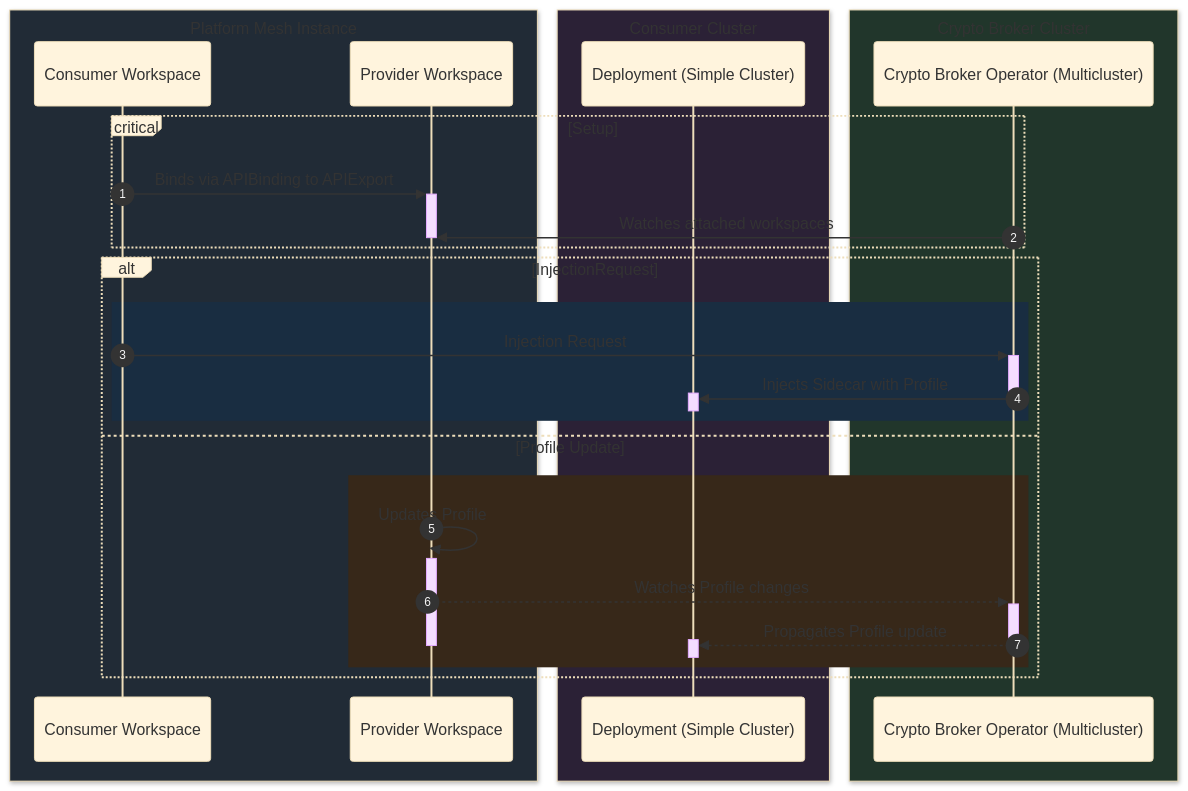
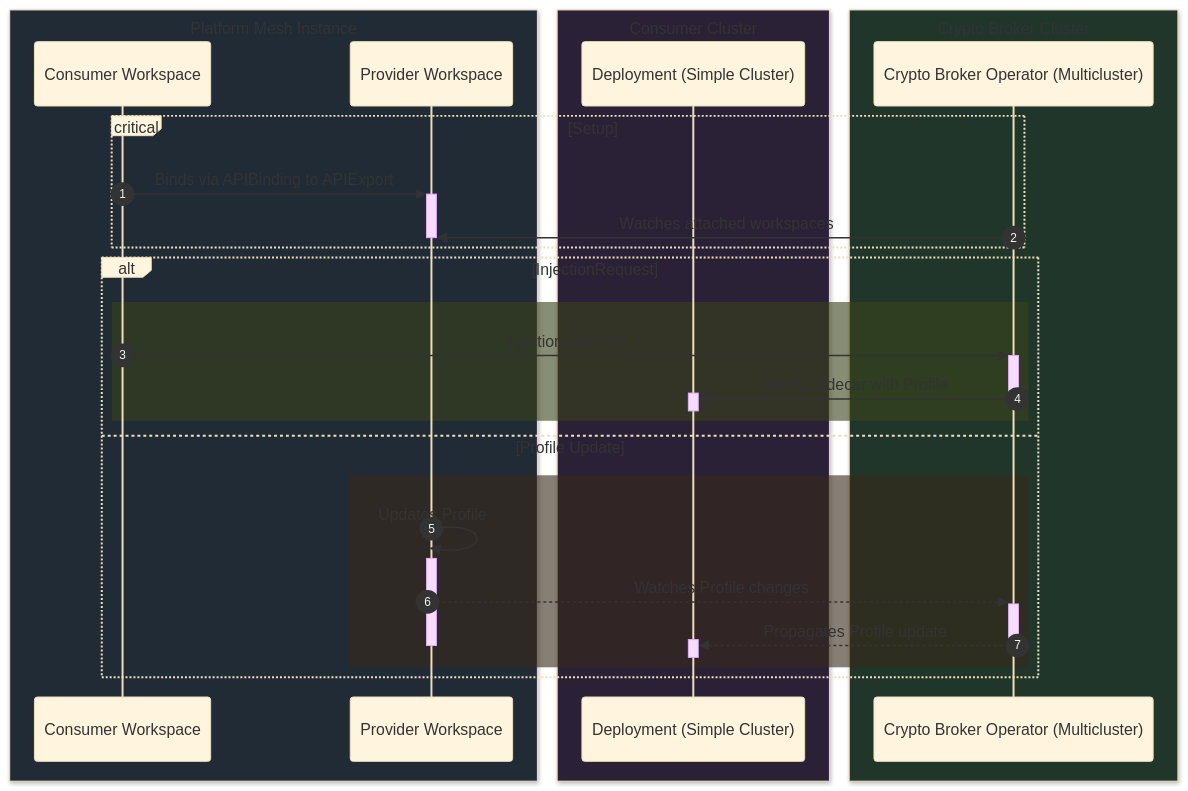
Before and after one commit to open-crypto-broker/crypto-broker-platform-mesh: the diagram in docs/Crypto-Broker-Multicluster-Platform-Mesh.md, drawn with Mermaid (base theme).

Commit message:
feat: Adjust saturation of box colors

````diff
--- a/docs/Crypto-Broker-Multicluster-Platform-Mesh.md
+++ b/docs/Crypto-Broker-Multicluster-Platform-Mesh.md
@@ -79,41 +79,41 @@
 ```mermaid
 sequenceDiagram
     autonumber
 
     box rgb(33, 43, 54) Platform Mesh Instance
     participant A as Consumer Workspace
     participant B as Provider Workspace
     end
 
     box rgb(43, 33, 54) Consumer Cluster
     participant D as Deployment (Simple Cluster)
     end
 
     box rgb(33, 54, 43) Crypto Broker Cluster
     participant C as Crypto Broker Operator (Multicluster)
     end
 
     critical Setup
         A->>+B: Binds via APIBinding to APIExport
         C->>B: Watches attached workspaces
         deactivate B
     end
 
     alt InjectionRequest
-        rect rgb(25, 45, 65)
+        rect rgba(58, 65, 25, 0.6)
             A->>+C: Injection Request
             C->>+D: Injects Sidecar with Profile
             deactivate C
             deactivate D
         end
     else Profile Update
-        rect rgb(55, 40, 25)
+        rect rgba(55, 40, 25, 0.6)
             B->>+B: Updates Profile
             B-->>+C: Watches Profile changes
             C-->>+D: Propagates Profile update
             deactivate B
             deactivate C
             deactivate D
         end
     end
 ```
````
